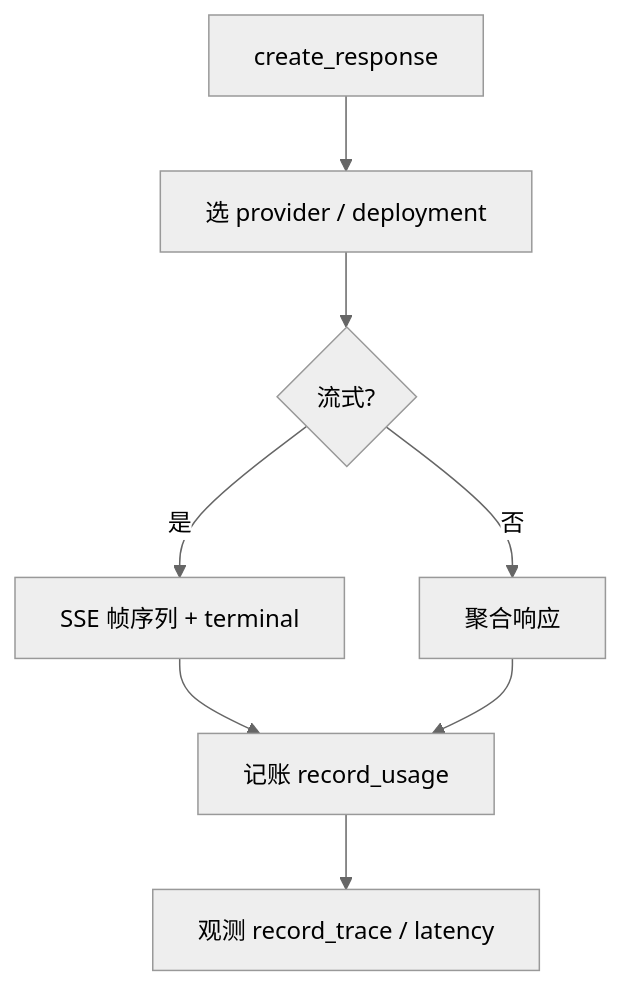
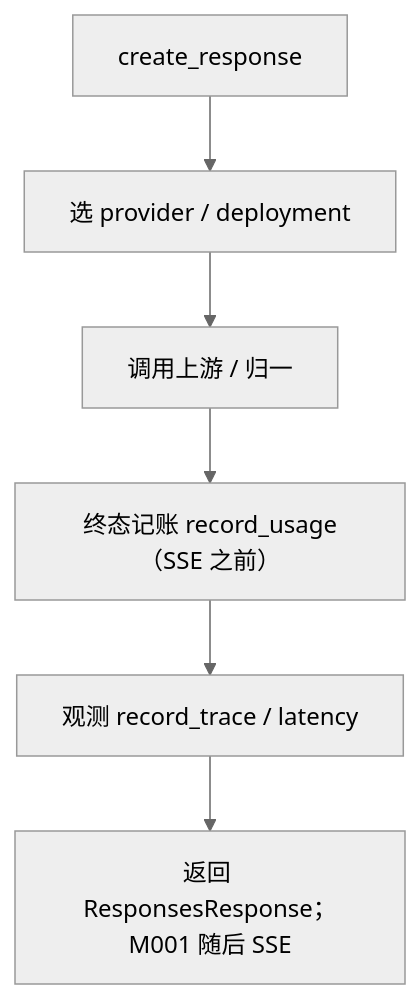
One commit to corezilla/LLMTier changed the diagram in docs/50_implementation_design/inference.isd.md. Above: the diagram before and after it, drawn with Mermaid (neutral theme). The commit also changed other lines of this file and 19 other files, not shown here.

````diff
--- a/docs/50_implementation_design/inference.isd.md
+++ b/docs/50_implementation_design/inference.isd.md
@@ -899,10 +899,8 @@
 ```mermaid
 flowchart TD
     A["create_response"] --> B["选 provider / deployment"]
-    B --> C{"流式?"}
-    C -->|是| D["SSE 帧序列 + terminal"]
-    C -->|否| E["聚合响应"]
-    D --> F["记账 record_usage"]
-    E --> F
+    B --> C["调用上游 / 归一"]
+    C --> F["终态记账 record_usage（SSE 之前）"]
     F --> G["观测 record_trace / latency"]
+    G --> H["返回 ResponsesResponse；M001 随后 SSE"]
 ```
````
